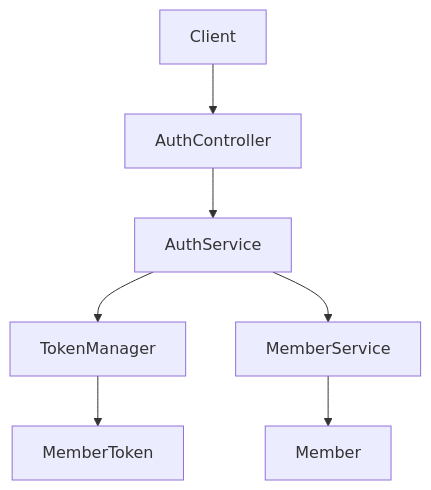
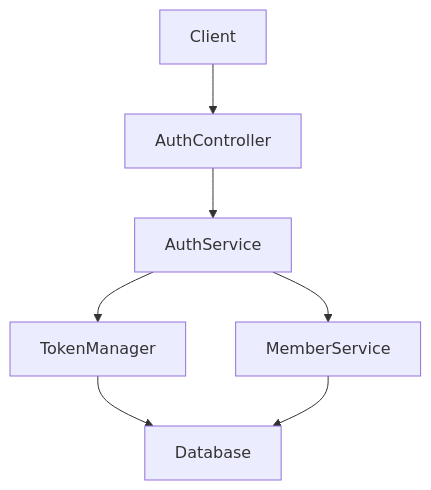
The first of 2 diagrams in all_new_authcontroller.md (frog9088/markdown_testing), drawn with Mermaid before and after one commit. The commit also changed other lines of this file, not shown here.

````diff
--- a/all_new_authcontroller.md
+++ b/all_new_authcontroller.md
@@ -6,9 +4,9 @@
 ```mermaid
 graph TD
     A[Client] --> B[AuthController]
     B --> C[AuthService]
     C --> D[TokenManager]
     C --> E[MemberService]
-    D --> F[MemberToken]
-    E --> G[Member]
+    D --> F[Database]
+    E --> F
 ```
````
